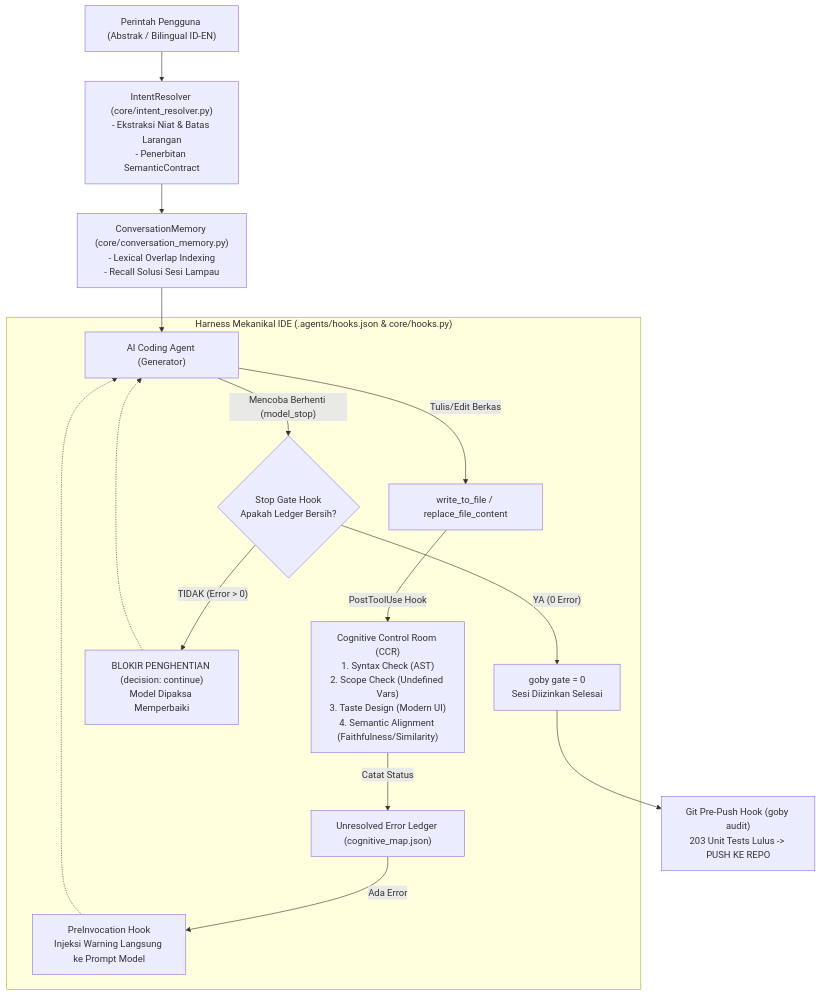
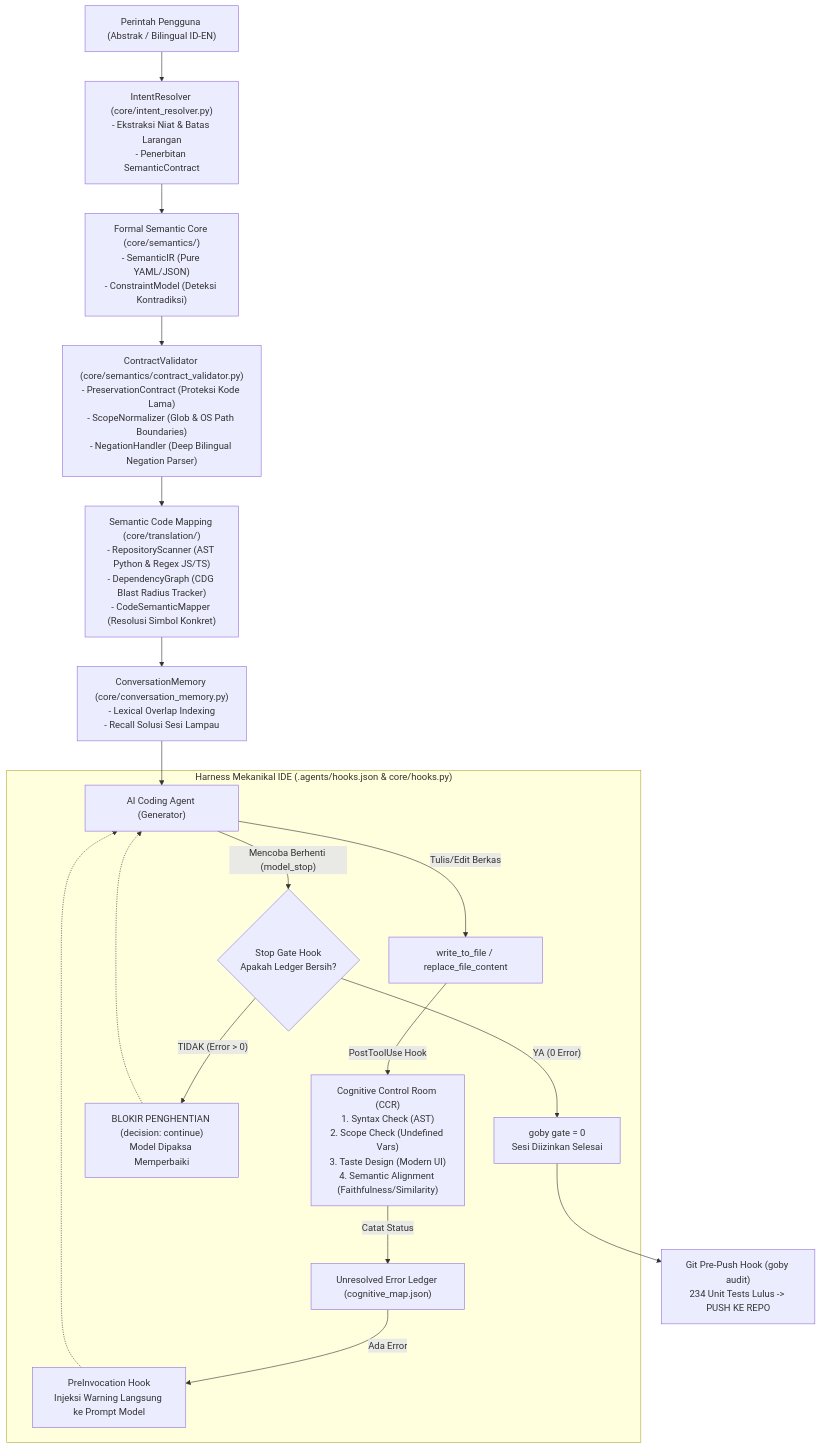
One commit to V4nds/Gobysh changed the diagram in README.md. Above: the diagram before and after it, drawn with Mermaid. The commit also changed other lines of this file and 1 other file, not shown here.

Commit message:
docs: update README with Gobysh v5.1 architecture, semantic layers, and CLI commands

````diff
--- a/README.md
+++ b/README.md
@@ -33,23 +33,29 @@
 ```mermaid
 flowchart TD
     UserInput["Perintah Pengguna (Abstrak / Bilingual ID-EN)"] --> IntentRes["IntentResolver (core/intent_resolver.py)\n- Ekstraksi Niat & Batas Larangan\n- Penerbitan SemanticContract"]
-    IntentRes --> MemRecall["ConversationMemory (core/conversation_memory.py)\n- Lexical Overlap Indexing\n- Recall Solusi Sesi Lampau"]
+    
+    IntentRes --> SemIR["Formal Semantic Core (core/semantics/)\n- SemanticIR (Pure YAML/JSON)\n- ConstraintModel (Deteksi Kontradiksi)"]
+    SemIR --> ContractVal["ContractValidator (core/semantics/contract_validator.py)\n- PreservationContract (Proteksi Kode Lama)\n- ScopeNormalizer (Glob & OS Path Boundaries)\n- NegationHandler (Deep Bilingual Negation Parser)"]
+    
+    ContractVal --> CodeMap["Semantic Code Mapping (core/translation/)\n- RepositoryScanner (AST Python & Regex JS/TS)\n- DependencyGraph (CDG Blast Radius Tracker)\n- CodeSemanticMapper (Resolusi Simbol Konkret)"]
+    
+    CodeMap --> MemRecall["ConversationMemory (core/conversation_memory.py)\n- Lexical Overlap Indexing\n- Recall Solusi Sesi Lampau"]
     MemRecall --> AIAgent["AI Coding Agent (Generator)"]
     
     AIAgent -->|"Tulis/Edit Berkas"| ToolCall["write_to_file / replace_file_content"]
     
     subgraph MechanicalHarness ["Harness Mekanikal IDE (.agents/hooks.json & core/hooks.py)"]
         ToolCall -->|"PostToolUse Hook"| CCRCheck["Cognitive Control Room (CCR)\n1. Syntax Check (AST)\n2. Scope Check (Undefined Vars)\n3. Taste Design (Modern UI)\n4. Semantic Alignment (Faithfulness/Similarity)"]
         CCRCheck -->|"Catat Status"| Ledger["Unresolved Error Ledger (cognitive_map.json)"]
         
         Ledger -->|"Ada Error"| PreInvoc["PreInvocation Hook\nInjeksi Warning Langsung ke Prompt Model"]
         PreInvoc -.-> AIAgent
         
         AIAgent -->|"Mencoba Berhenti (model_stop)"| StopHook{"Stop Gate Hook\nApakah Ledger Bersih?"}
         StopHook -- "TIDAK (Error > 0)" --> BlockStop["BLOKIR PENGHENTIAN (decision: continue)\nModel Dipaksa Memperbaiki"]
         BlockStop -.-> AIAgent
         StopHook -- "YA (0 Error)" --> GatePass["goby gate = 0\nSesi Diizinkan Selesai"]
     end
     
-    GatePass --> GitPush["Git Pre-Push Hook (goby audit)\n203 Unit Tests Lulus -> PUSH KE REPO"]
+    GatePass --> GitPush["Git Pre-Push Hook (goby audit)\n234 Unit Tests Lulus -> PUSH KE REPO"]
 ```
````
